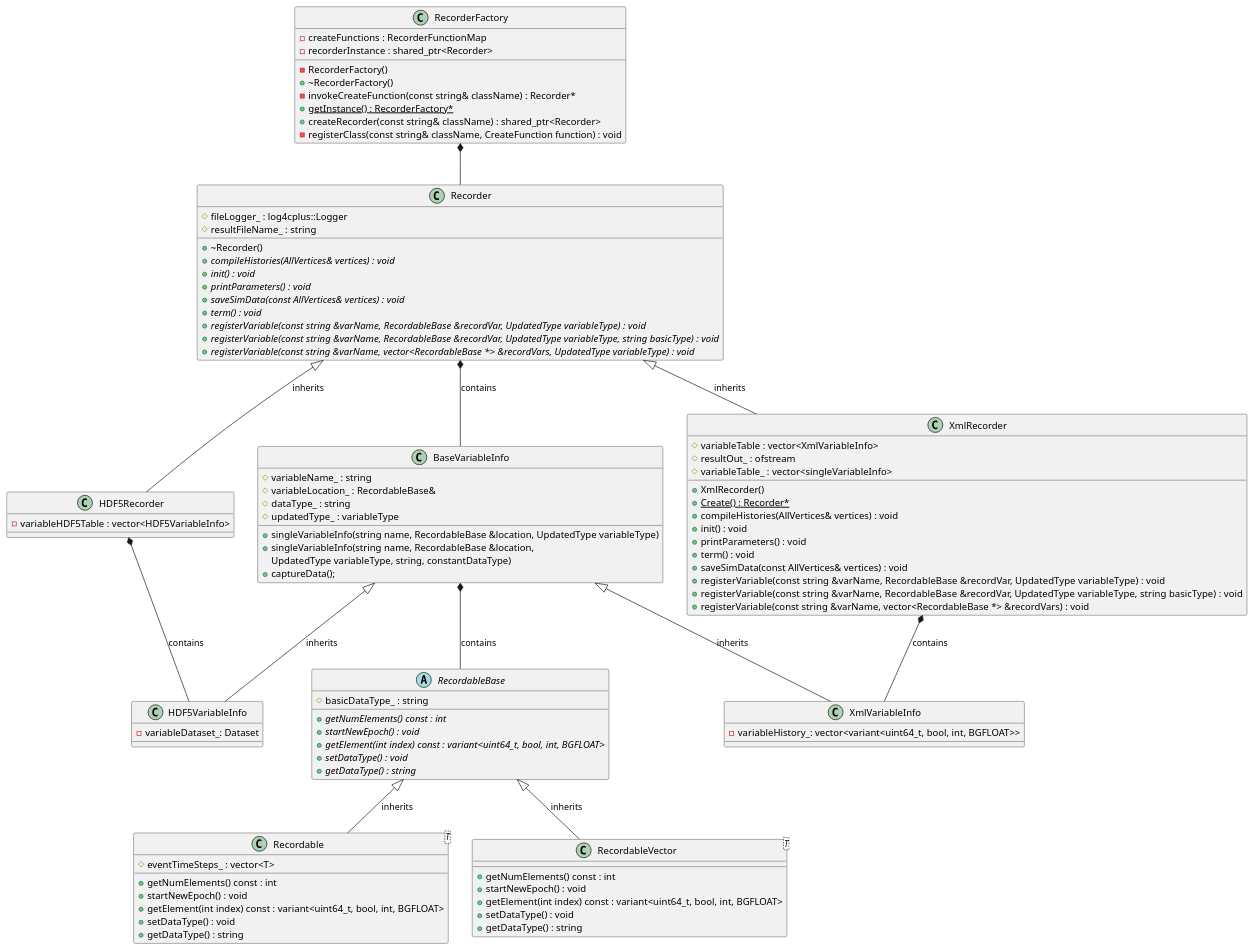
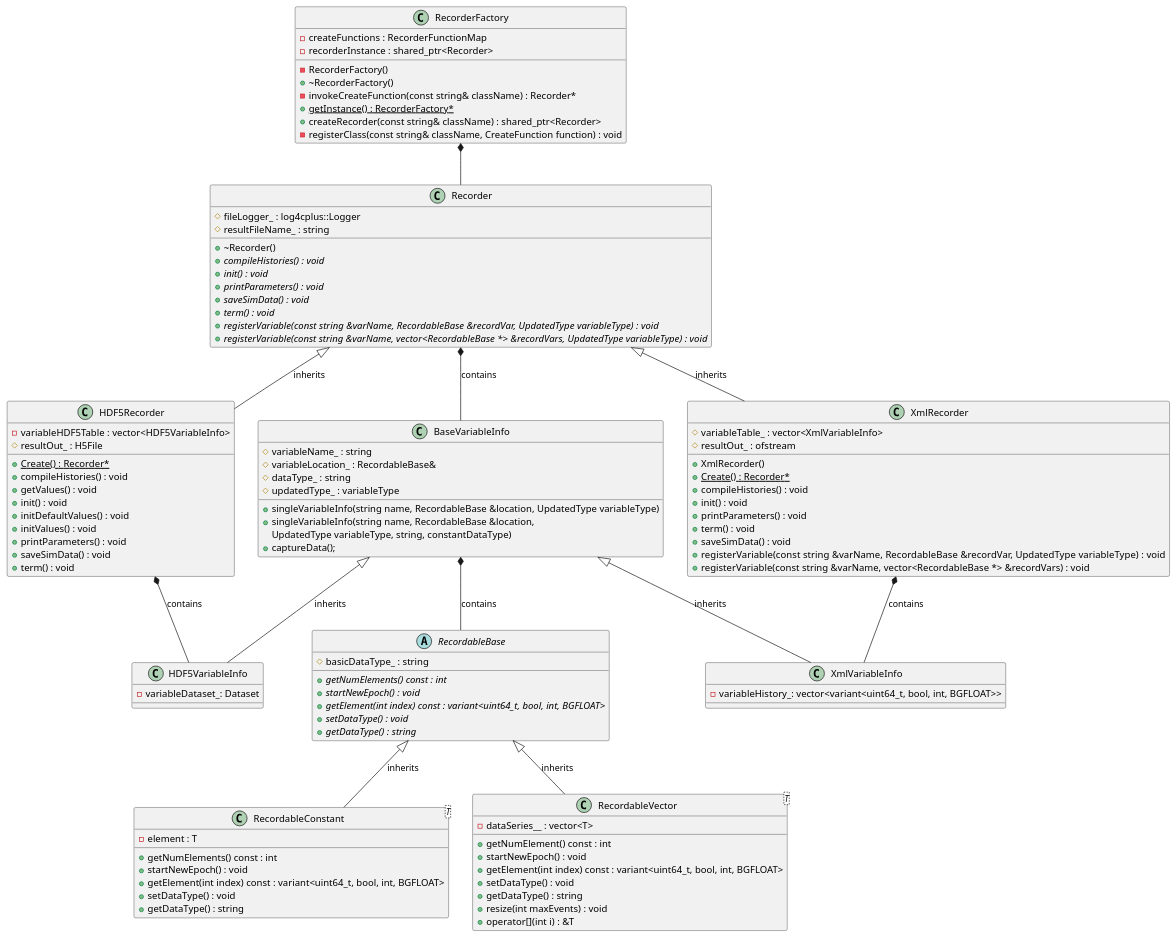
The diagram in docs/Developer/ClassDiagrams/updatedRecorder.puml (UWB-Biocomputing/Graphitti), drawn with PlantUML before and after one commit. The commit also changed 1 other file, not shown here.

Commit message:
added class diagram and sequential diagram for Recorder subsystem

```diff
--- a/docs/Developer/ClassDiagrams/updatedRecorder.puml
+++ b/docs/Developer/ClassDiagrams/updatedRecorder.puml
@@ -1,122 +1,136 @@
 @startuml Agile Recorder Class Diagram Design
 
 class RecorderFactory {
 	-RecorderFactory()
 	+~RecorderFactory()
 	-invokeCreateFunction(const string& className) : Recorder*
 	+{static} getInstance() : RecorderFactory*
 	-createFunctions : RecorderFunctionMap
 	+createRecorder(const string& className) : shared_ptr<Recorder>
 	-recorderInstance : shared_ptr<Recorder>
 	-registerClass(const string& className, CreateFunction function) : void
 }
 
 class Recorder {
    +~Recorder()
    #fileLogger_ : log4cplus::Logger
    #resultFileName_ : string
-   +{abstract} compileHistories(AllVertices& vertices) : void
+   +{abstract} compileHistories() : void
    +{abstract} init() : void
    +{abstract} printParameters() : void
-   +{abstract} saveSimData(const AllVertices& vertices) : void
+   +{abstract} saveSimData() : void
    +{abstract} term() : void
 	+{abstract}registerVariable(const string &varName, RecordableBase &recordVar, UpdatedType variableType) : void
-	+{abstract}registerVariable(const string &varName, RecordableBase &recordVar, UpdatedType variableType, string basicType) : void
 	+{abstract}registerVariable(const string &varName, vector<RecordableBase *> &recordVars, UpdatedType variableType) : void
 }
 
 class HDF5Recorder {
    -variableHDF5Table : vector<HDF5VariableInfo>
+	#resultOut_ : H5File
+	+{static} Create() : Recorder*
+	+compileHistories() : void
+	+getValues() : void
+	+init() : void
+	+initDefaultValues() : void
+	+initValues() : void
+	+printParameters() : void
+	+saveSimData() : void
+	+term() : void
    /'add more'/
 }
 
 class XmlRecorder {
-   #variableTable : vector<XmlVariableInfo>
+   #variableTable_ : vector<XmlVariableInfo>
 	+XmlRecorder()
 	#resultOut_ : ofstream
 	+{static} Create() : Recorder*
-	#variableTable_ : vector<singleVariableInfo>
-
-	+compileHistories(AllVertices& vertices) : void
+	+compileHistories() : void
 	+init() : void
 	+printParameters() : void
 	+term() : void
-	+saveSimData(const AllVertices& vertices) : void
+	+saveSimData() : void
 	+registerVariable(const string &varName, RecordableBase &recordVar,  UpdatedType variableType) : void
-	+registerVariable(const string &varName, RecordableBase &recordVar,  UpdatedType variableType, string basicType) : void
 	+registerVariable(const string &varName, vector<RecordableBase *> &recordVars) : void
 	
 	/' methods only used for unit test 
 	+XmlRecorder(string fileName_)
 	+getVariableName(int numIndex) const : const string&
 	+getSingleVariable(int numIndex) const : &RecordableBase
 	+getHistory() const : const &vector<variant<uint64_t, bool, int, BGFLOAT>>
 	'/
 }
 
 class BaseVariableInfo {
 	#variableName_ : string
 	#variableLocation_ : RecordableBase&
 	#dataType_ : string
 	#updatedType_ : variableType
 	+singleVariableInfo(string name, RecordableBase &location, UpdatedType variableType)
 	+singleVariableInfo(string name, RecordableBase &location, 
 			UpdatedType variableType, string, constantDataType)
 	+captureData();
 }
 
 class XmlVariableInfo {
 -variableHistory_: vector<variant<uint64_t, bool, int, BGFLOAT>>
 }
 
 class HDF5VariableInfo {
 -variableDataset_: Dataset
+/'add more methods'/
 }
 
 abstract class RecordableBase {
 	#basicDataType_ : string
 	+{abstract} getNumElements() const : int
 	+{abstract} startNewEpoch() : void
 	+{abstract} getElement(int index) const : variant<uint64_t, bool, int, BGFLOAT>
 	+{abstract} setDataType() : void
 	+{abstract} getDataType() : string
 }
-class Recordable<T>{
-	#eventTimeSteps_ : vector<T>
+
+class RecordableConstant<T>{
+	-element : T
 	+getNumElements() const : int
 	+startNewEpoch() : void
 	+getElement(int index) const : variant<uint64_t, bool, int, BGFLOAT>
 	+setDataType() : void
 	+getDataType() : string
+	/'add more method if needed'/
 }
 
+
 class RecordableVector<T>{
-	+getNumElements() const : int
+	-dataSeries__ : vector<T>
+	+getNumElement() const : int
 	+startNewEpoch() : void
 	+getElement(int index) const : variant<uint64_t, bool, int, BGFLOAT>
 	+setDataType() : void
 	+getDataType() : string
+	/'vector methods'/
+	+resize(int maxEvents) : void
+	+operator[](int i) : &T
 }
 
 
 /' relationships '/
 
 .RecorderFactory *-- .Recorder
 
 Recorder <|-- XmlRecorder : inherits
 Recorder <|-- HDF5Recorder : inherits
 
 Recorder *-- BaseVariableInfo : contains
 
 BaseVariableInfo <|-- XmlVariableInfo : inherits
 BaseVariableInfo <|-- HDF5VariableInfo : inherits
 
 XmlRecorder *-- XmlVariableInfo : contains
 HDF5Recorder *-- HDF5VariableInfo : contains
 
 BaseVariableInfo *-- RecordableBase : contains
 
-RecordableBase <|-- Recordable : inherits
+RecordableBase <|-- RecordableConstant : inherits
 RecordableBase <|-- RecordableVector : inherits
 
 @enduml 
```
